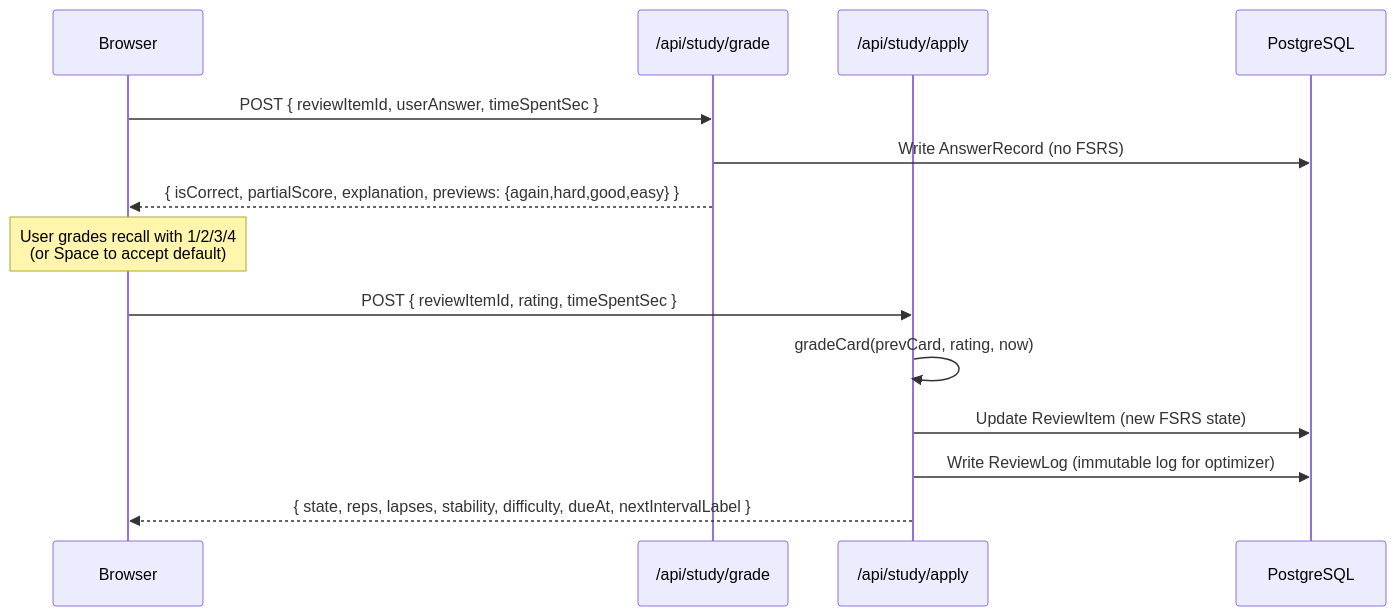
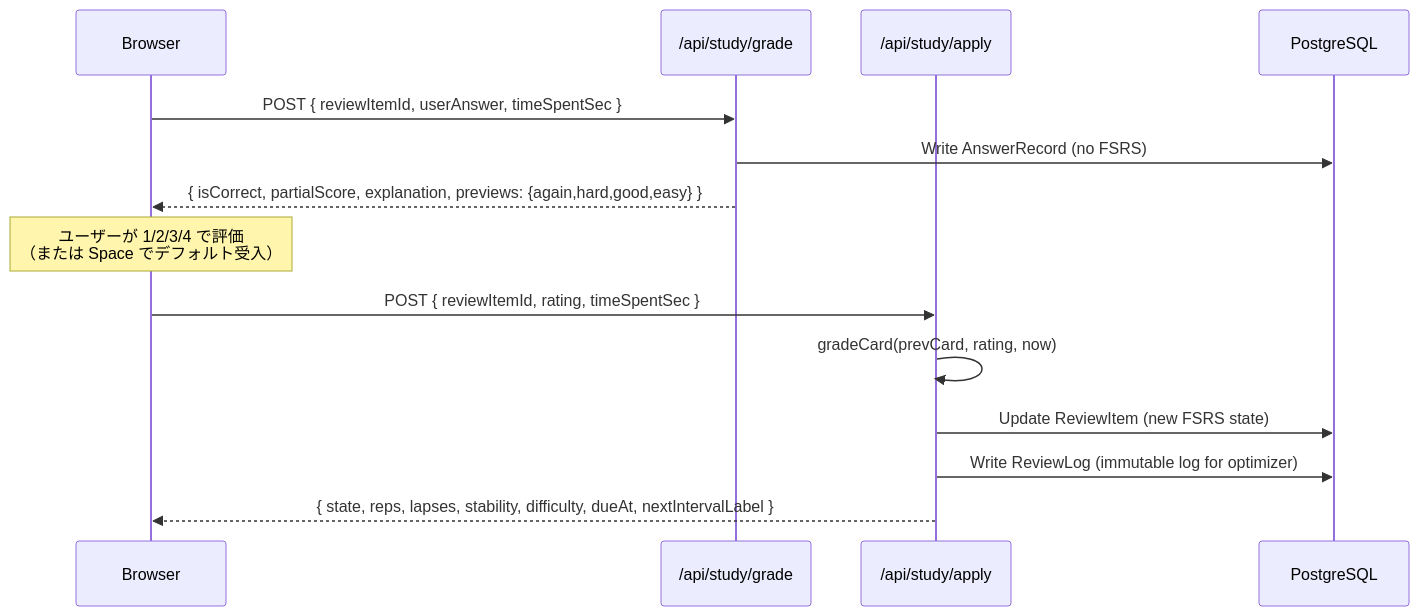
Before and after one commit to weed33834/compass: the first of 3 diagrams in README.ja.md, drawn with Mermaid. The commit also changed other lines of this file and 5 other files, not shown here.

````diff
--- a/README.ja.md
+++ b/README.ja.md
@@ -87,19 +124,19 @@
 ```mermaid
 sequenceDiagram
     participant U as Browser
     participant G as /api/study/grade
     participant A as /api/study/apply
     participant DB as PostgreSQL
 
     U->>G: POST { reviewItemId, userAnswer, timeSpentSec }
     G->>DB: Write AnswerRecord (no FSRS)
     G-->>U: { isCorrect, partialScore, explanation, previews: {again,hard,good,easy} }
 
-    Note over U: User grades recall with 1/2/3/4<br/>(or Space to accept default)
+    Note over U: ユーザーが 1/2/3/4 で評価<br/>（または Space でデフォルト受入）
 
     U->>A: POST { reviewItemId, rating, timeSpentSec }
     A->>A: gradeCard(prevCard, rating, now)
     A->>DB: Update ReviewItem (new FSRS state)
     A->>DB: Write ReviewLog (immutable log for optimizer)
     A-->>U: { state, reps, lapses, stability, difficulty, dueAt, nextIntervalLabel }
 ```
````
